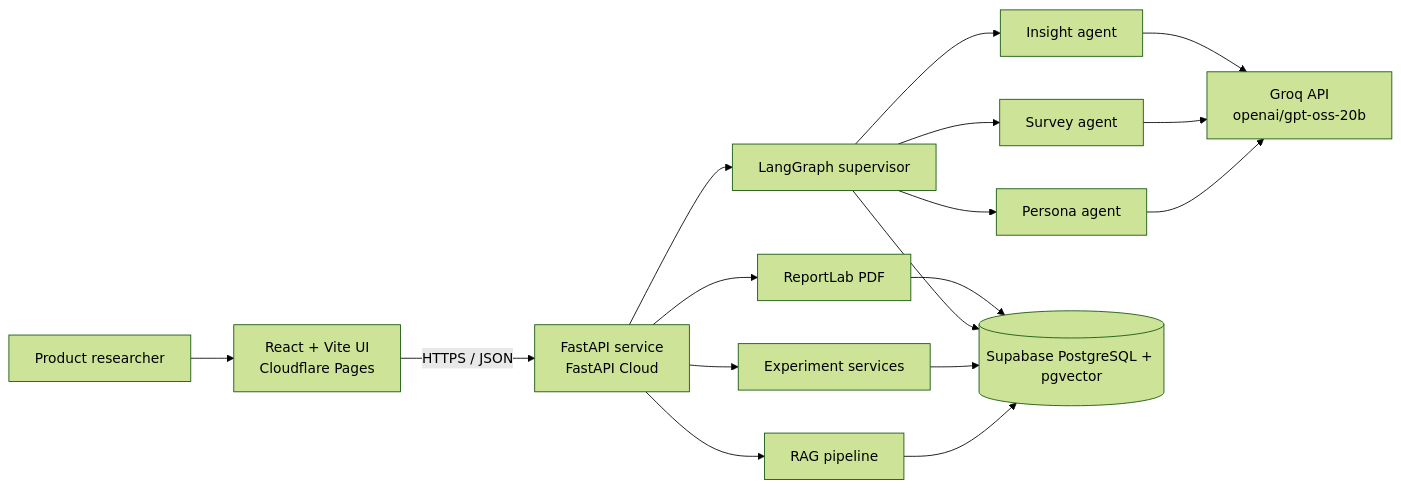
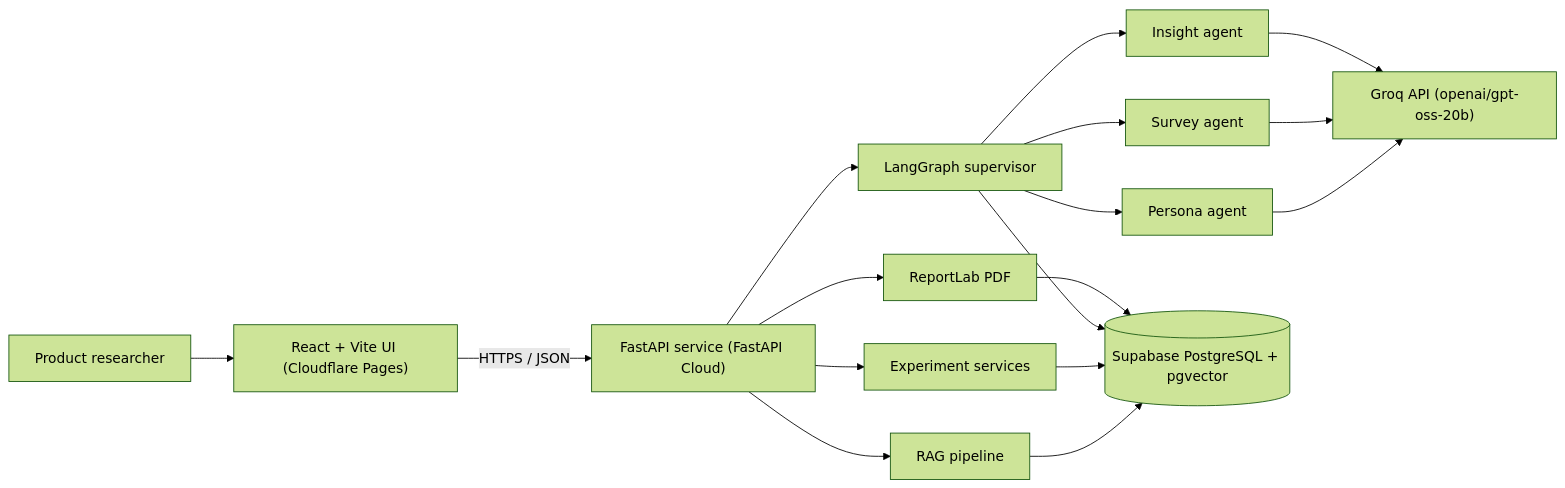
Before and after one commit to sai1110v/Generation-of-AI-Powered-Synthetic-Users-for-Product-Research: the first of 2 diagrams in README.md, drawn with Mermaid (forest theme). The commit also changed other lines of this file, not shown here.

````diff
--- a/README.md
+++ b/README.md
@@ -70,23 +70,23 @@
 ```mermaid
 flowchart LR
-    U["Product researcher"] --> UI["React + Vite UI<br/>Cloudflare Pages"]
-    UI -->|"HTTPS / JSON"| API["FastAPI service<br/>FastAPI Cloud"]
+    U["Product researcher"] --> UI["React + Vite UI (Cloudflare Pages)"]
+    UI -- "HTTPS / JSON" --> API["FastAPI service (FastAPI Cloud)"]
 
     API --> EXP["Experiment services"]
     API --> GRAPH["LangGraph supervisor"]
     API --> RAG["RAG pipeline"]
     API --> REPORT["ReportLab PDF"]
 
     GRAPH --> PA["Persona agent"]
     GRAPH --> SA["Survey agent"]
     GRAPH --> IA["Insight agent"]
 
-    PA --> LLM["Groq API<br/>openai/gpt-oss-20b"]
+    PA --> LLM["Groq API (openai/gpt-oss-20b)"]
     SA --> LLM
     IA --> LLM
 
     RAG --> DB[(Supabase PostgreSQL + pgvector)]
     EXP --> DB
     GRAPH --> DB
     REPORT --> DB
 ```
````
